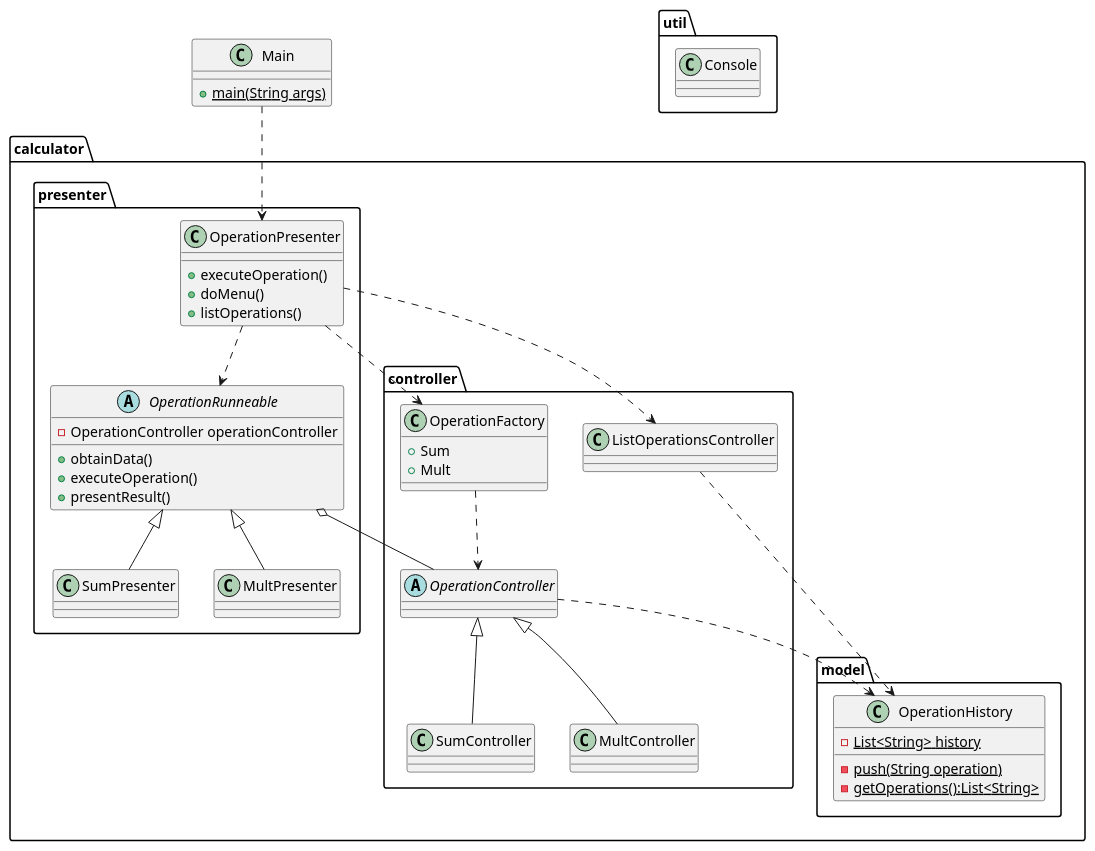
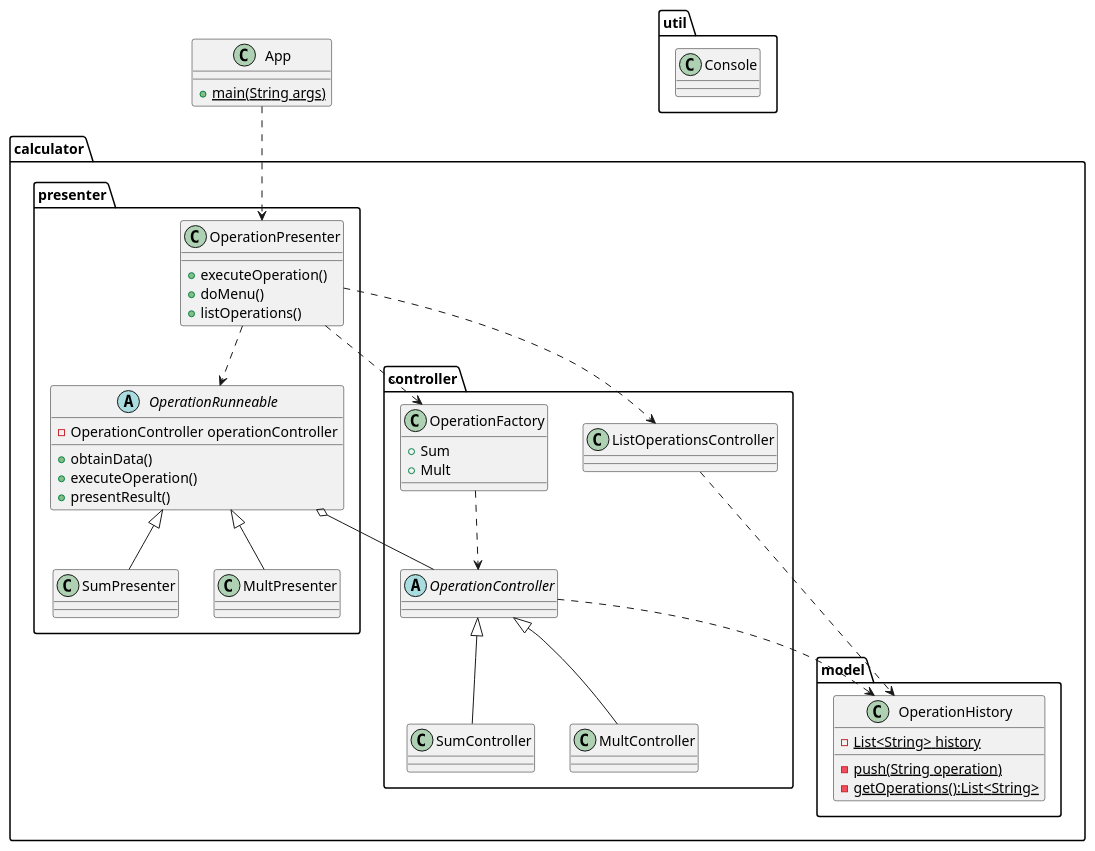
The diagram in docs/classDiagram.wsd (moroquin/github-workshop-09-2022), drawn with PlantUML before and after one commit. The commit also changed 4 other files, not shown here.

Commit message:
creating the base architecture

```diff
--- a/docs/classDiagram.wsd
+++ b/docs/classDiagram.wsd
@@ -1,100 +1,100 @@
 @startuml handsOnMVC
 
 
  
-class Main{
+class App{
     +{static}main(String args)
 }
 
 package calculator{
 
     package presenter{
 
         class OperationPresenter{
             +executeOperation()
             +doMenu()
             +listOperations()
         }
 
         abstract OperationRunneable{
             -OperationController operationController
             +obtainData()
             +executeOperation()
             +presentResult()
         }
 
         class SumPresenter{
 
         }
 
         class MultPresenter{
 
         }
 
         SumPresenter -up-|> OperationRunneable
         MultPresenter -up-|> OperationRunneable
         OperationPresenter ..> OperationRunneable
 
     }
 
     package controller{
         
         class ListOperationsController{
 
         }
 
         abstract OperationController{
             
         }
 
         class SumController{
 
         }
 
         class MultController{
 
         }
 
         class OperationFactory{
             +Sum
             +Mult
         }
 
         SumController -up-|> OperationController
         MultController -up-|> OperationController
 
         OperationFactory ..> OperationController
     }
 
     package model{
 
         class OperationHistory{
             -{static}List<String> history
             -{static}push(String operation)
             -{static}getOperations():List<String>
         }
 
     }
 
 
 
 
     OperationRunneable o-- OperationController
     OperationPresenter ..> OperationFactory
 
     OperationController ..> OperationHistory
     ListOperationsController ..> OperationHistory
     OperationPresenter ..> ListOperationsController
     
 }
 
 package util{
     class Console{
         
     }
 }
 
 
-Main ..> OperationPresenter
+App ..> OperationPresenter
 
 @enduml
```
